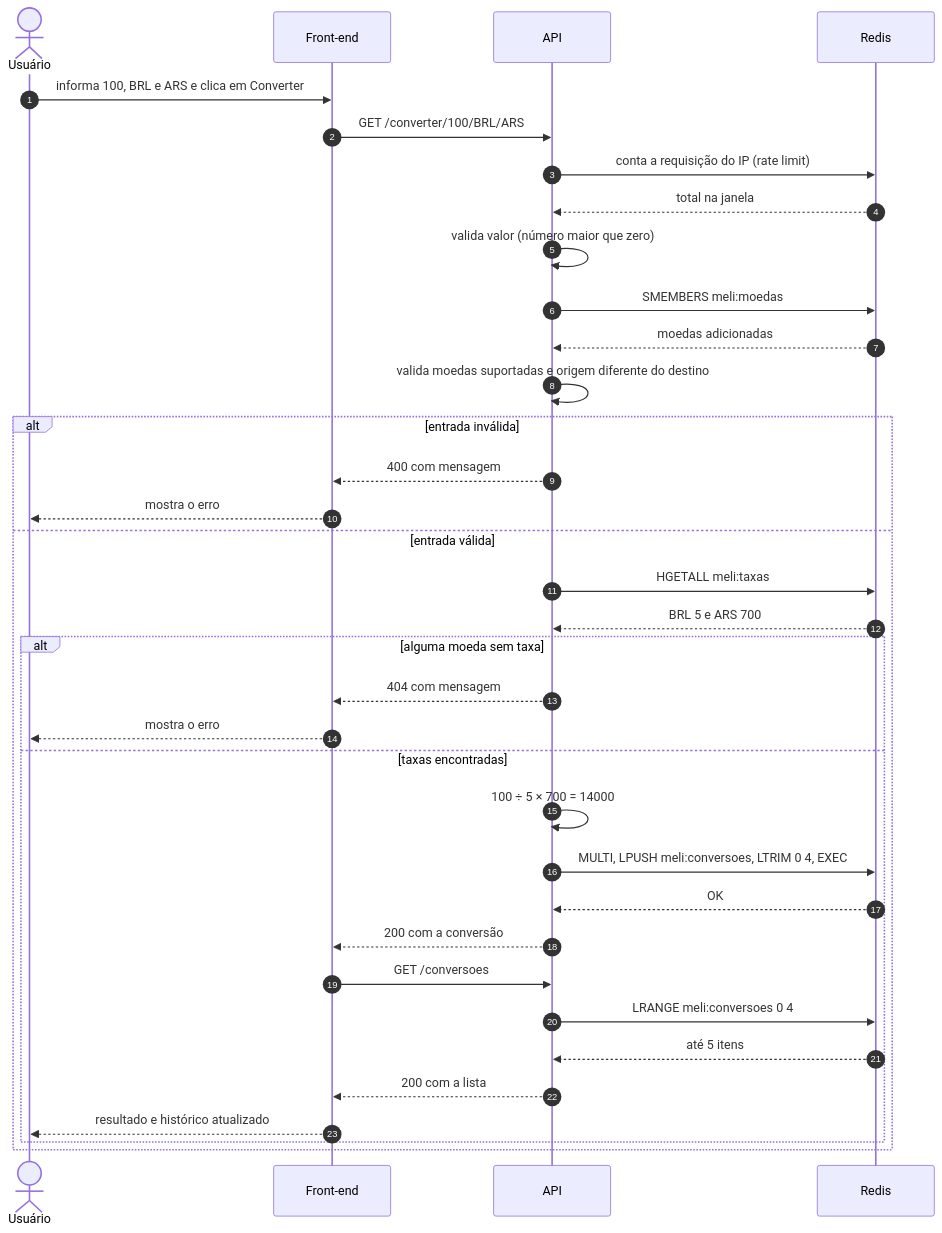
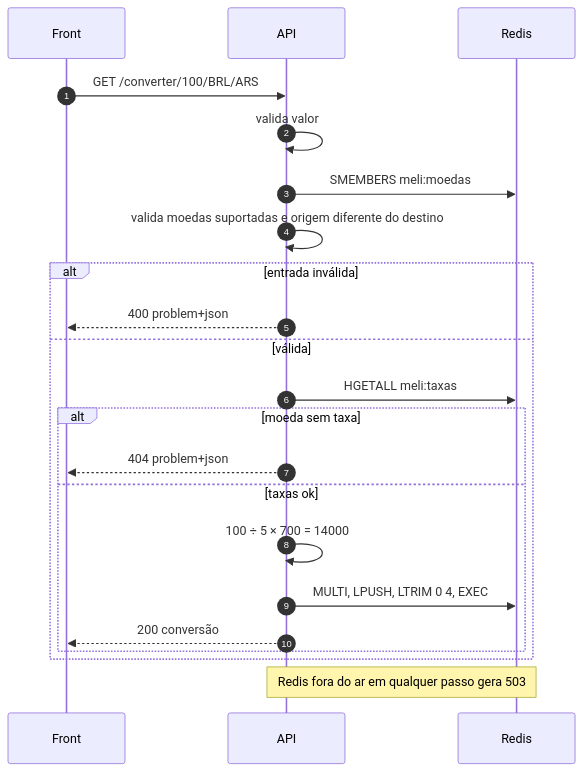
The second of 4 diagrams in docs/system-design.md (marheusmatos/meli-conversor-moeda), drawn with Mermaid before and after one commit. The commit also changed other lines of this file and 38 other files, not shown here.

````diff
--- a/docs/system-design.md
+++ b/docs/system-design.md
@@ -146,38 +71,24 @@
 ```mermaid
 sequenceDiagram
     autonumber
-    actor U as Usuário
-    participant F as Front-end
+    participant F as Front
     participant A as API
     participant R as Redis
-
-    U->>F: informa 100, BRL e ARS e clica em Converter
     F->>A: GET /converter/100/BRL/ARS
-    A->>R: conta a requisição do IP (rate limit)
-    R-->>A: total na janela
-    A->>A: valida valor (número maior que zero)
+    A->>A: valida valor
     A->>R: SMEMBERS meli:moedas
-    R-->>A: moedas adicionadas
     A->>A: valida moedas suportadas e origem diferente do destino
     alt entrada inválida
-        A-->>F: 400 com mensagem
-        F-->>U: mostra o erro
-    else entrada válida
+        A-->>F: 400 problem+json
+    else válida
         A->>R: HGETALL meli:taxas
-        R-->>A: BRL 5 e ARS 700
-        alt alguma moeda sem taxa
-            A-->>F: 404 com mensagem
-            F-->>U: mostra o erro
-        else taxas encontradas
+        alt moeda sem taxa
+            A-->>F: 404 problem+json
+        else taxas ok
             A->>A: 100 ÷ 5 × 700 = 14000
-            A->>R: MULTI, LPUSH meli:conversoes, LTRIM 0 4, EXEC
-            R-->>A: OK
-            A-->>F: 200 com a conversão
-            F->>A: GET /conversoes
-            A->>R: LRANGE meli:conversoes 0 4
-            R-->>A: até 5 itens
-            A-->>F: 200 com a lista
-            F-->>U: resultado e histórico atualizado
+            A->>R: MULTI, LPUSH, LTRIM 0 4, EXEC
+            A-->>F: 200 conversão
         end
     end
+    Note over A,R: Redis fora do ar em qualquer passo gera 503
 ```
````
